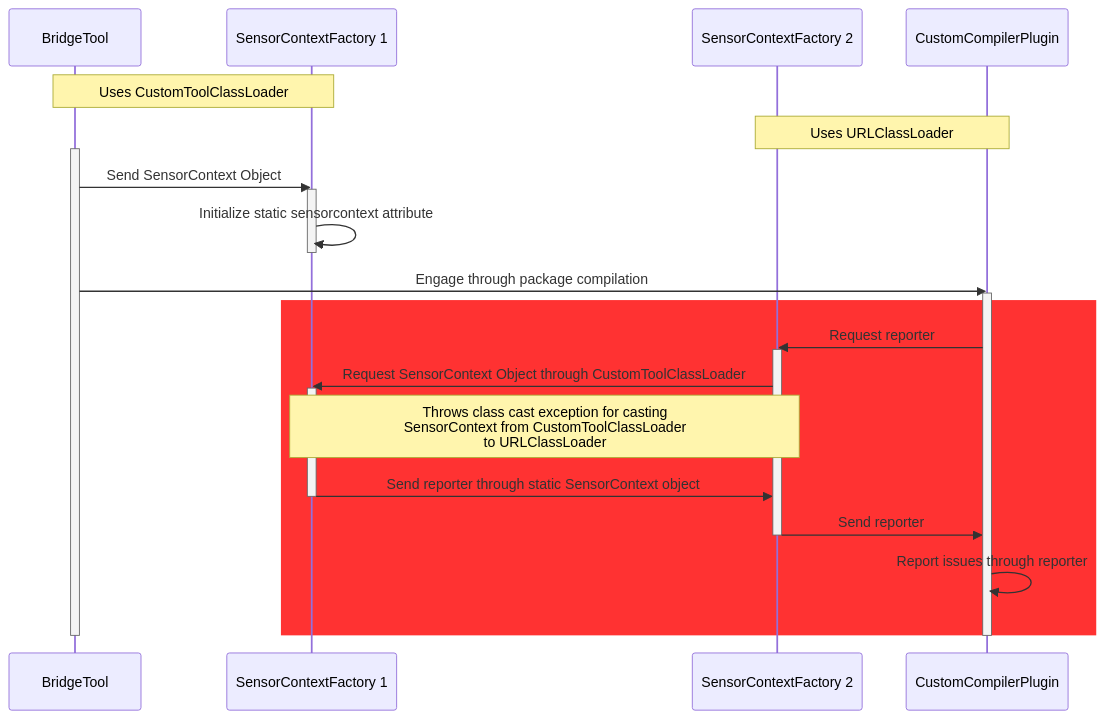
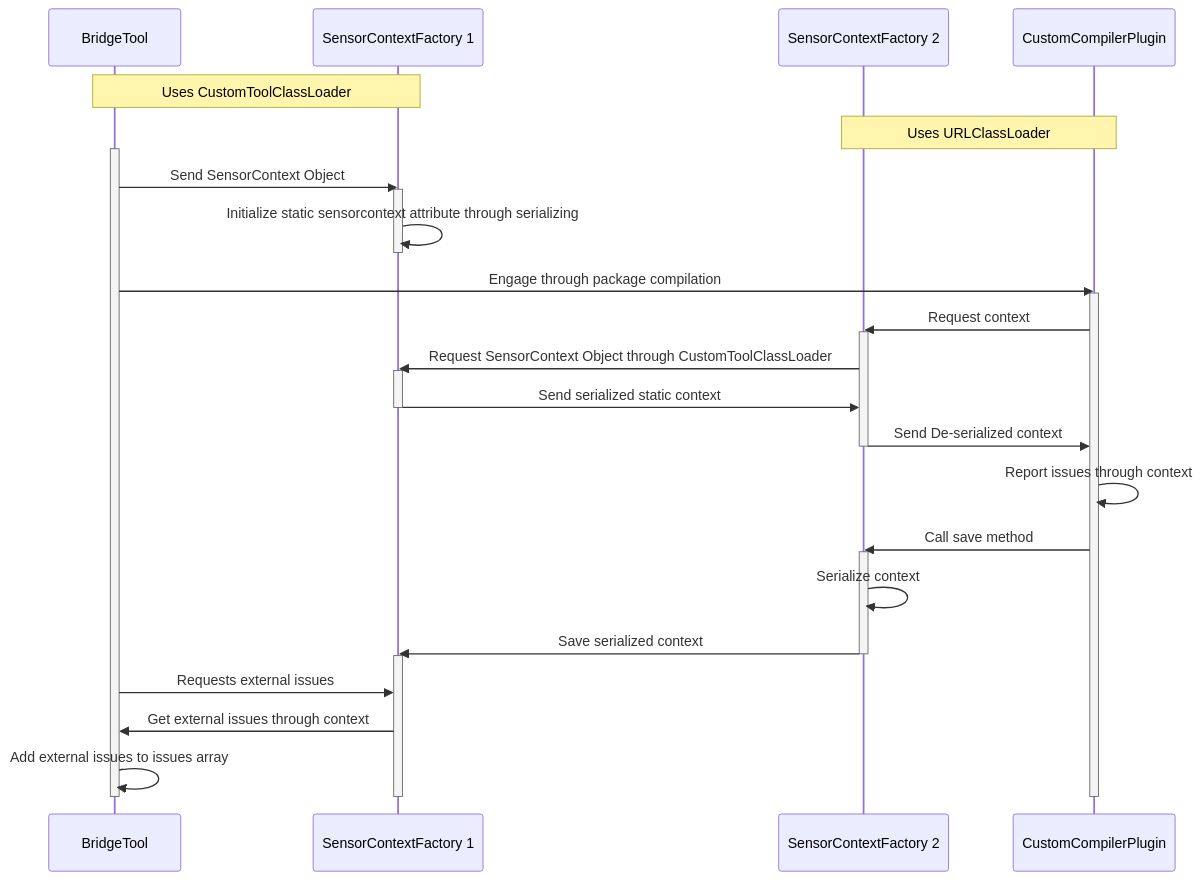
The diagram in README.md (Xenowa/ballerina-tool-extension-methods), drawn with Mermaid before and after one commit.

Commit message:
Updated README file

````diff
--- a/README.md
+++ b/README.md
@@ -3,30 +3,37 @@
 ```mermaid
 sequenceDiagram
     participant BridgeTool
     participant SensorContextFactory 1
     note over BridgeTool, SensorContextFactory 1: Uses CustomToolClassLoader
     participant SensorContextFactory 2
     participant CustomCompilerPlugin
     note over SensorContextFactory 2, CustomCompilerPlugin: Uses URLClassLoader
     activate BridgeTool
     BridgeTool ->> SensorContextFactory 1: Send SensorContext Object
     activate SensorContextFactory 1
-    SensorContextFactory 1 ->> SensorContextFactory 1: Initialize static sensorcontext attribute
+    SensorContextFactory 1 ->> SensorContextFactory 1: Initialize static sensorcontext attribute through serializing
     deactivate SensorContextFactory 1
     BridgeTool ->> CustomCompilerPlugin: Engage through package compilation
     activate CustomCompilerPlugin
-    rect rgb(255, 50, 50)
-        CustomCompilerPlugin ->> SensorContextFactory 2: Request reporter
-        activate SensorContextFactory 2
-        SensorContextFactory 2 ->> SensorContextFactory 1: Request SensorContext Object through CustomToolClassLoader
-        activate SensorContextFactory 1
-        note over SensorContextFactory 1, SensorContextFactory 2: Throws class cast exception for casting <br> SensorContext from CustomToolClassLoader <br> to URLClassLoader
-        SensorContextFactory 1 ->> SensorContextFactory 2: Send reporter through static SensorContext object
-        deactivate SensorContextFactory 1
-        SensorContextFactory 2 ->> CustomCompilerPlugin: Send reporter
-        deactivate SensorContextFactory 2
-        CustomCompilerPlugin ->> CustomCompilerPlugin: Report issues through reporter
-    end
+    CustomCompilerPlugin ->> SensorContextFactory 2: Request context
+    activate SensorContextFactory 2
+    SensorContextFactory 2 ->> SensorContextFactory 1: Request SensorContext Object through CustomToolClassLoader
+    activate SensorContextFactory 1
+    SensorContextFactory 1 ->> SensorContextFactory 2: Send serialized static context
+    deactivate SensorContextFactory 1
+    SensorContextFactory 2 ->> CustomCompilerPlugin: Send De-serialized context
+    deactivate SensorContextFactory 2
+    CustomCompilerPlugin ->> CustomCompilerPlugin: Report issues through context
+    CustomCompilerPlugin ->> SensorContextFactory 2: Call save method
+    activate SensorContextFactory 2
+    SensorContextFactory 2 ->> SensorContextFactory 2: Serialize context
+    SensorContextFactory 2 ->> SensorContextFactory 1: Save serialized context
+    deactivate SensorContextFactory 2
+    activate SensorContextFactory 1
+    BridgeTool ->> SensorContextFactory 1: Requests external issues
+    SensorContextFactory 1 ->> BridgeTool: Get external issues through context
+    BridgeTool ->> BridgeTool: Add external issues to issues array
+    deactivate SensorContextFactory 1
     deactivate CustomCompilerPlugin
     deactivate BridgeTool
 ```
````
